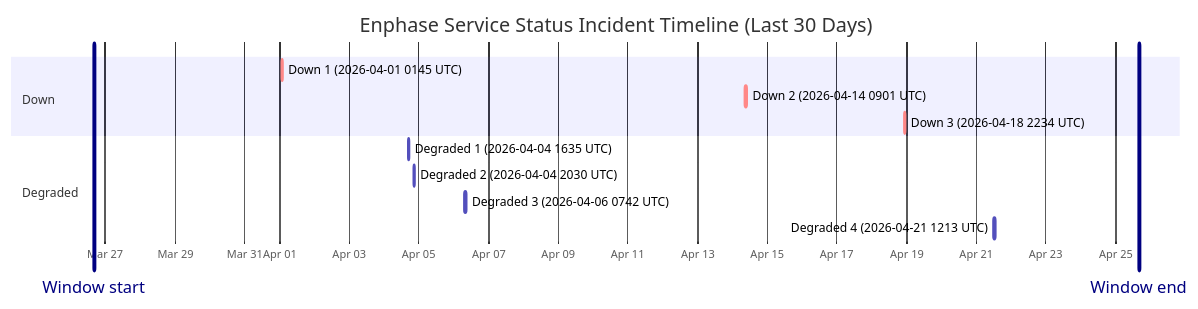
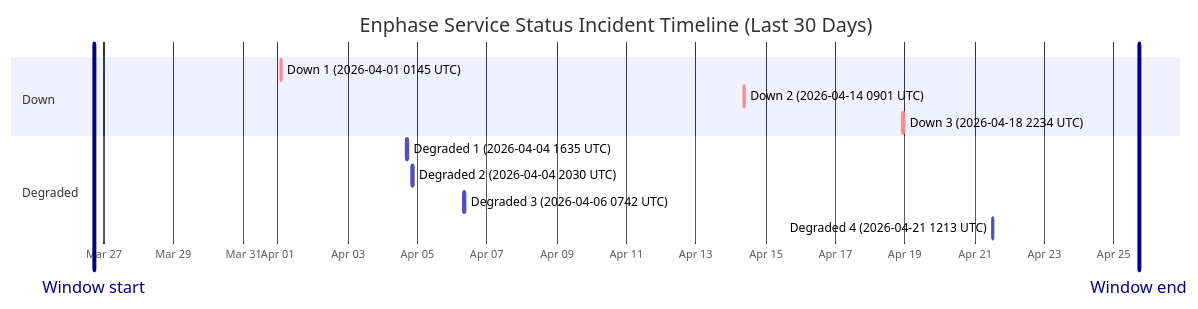
The diagram in wiki/Service-Status-History.md (barneyonline/ha-enphase-ev-charger), drawn with Mermaid before and after one commit. The commit also changed other lines of this file and 3 other files, not shown here.

````diff
--- a/wiki/Service-Status-History.md
+++ b/wiki/Service-Status-History.md
@@ -14,17 +14,17 @@
 ```mermaid
 gantt
     title Enphase Service Status Incident Timeline (Last 30 Days)
     dateFormat  YYYY-MM-DDTHH:mm:ss
     axisFormat  %b %d
-    Window start :vert, window-start, 2026-03-26T16:04:29, 0ms
-    Window end :vert, window-end, 2026-04-25T16:04:29, 0ms
+    Window start :vert, window-start, 2026-03-26T17:09:04, 0ms
+    Window end :vert, window-end, 2026-04-25T17:09:04, 0ms
     section Down
     Down 1 (2026-04-01 0145 UTC) :crit, down-1, 2026-04-01T01:45:09, 60m
     Down 2 (2026-04-14 0901 UTC) :crit, down-2, 2026-04-14T09:01:13, 60m
     Down 3 (2026-04-18 2234 UTC) :crit, down-3, 2026-04-18T22:34:13, 60m
     section Degraded
     Degraded 1 (2026-04-04 1635 UTC) :active, degraded-1, 2026-04-04T16:35:17, 60m
     Degraded 2 (2026-04-04 2030 UTC) :active, degraded-2, 2026-04-04T20:30:40, 60m
     Degraded 3 (2026-04-06 0742 UTC) :active, degraded-3, 2026-04-06T07:42:09, 85m
     Degraded 4 (2026-04-21 1213 UTC) :active, degraded-4, 2026-04-21T12:13:11, 60m
 ```
````
